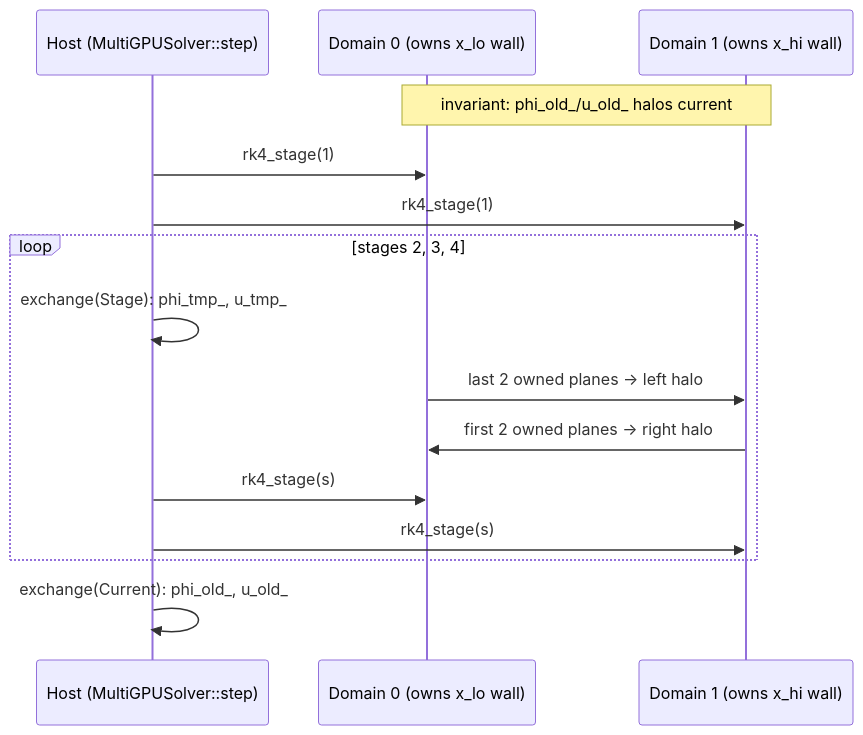
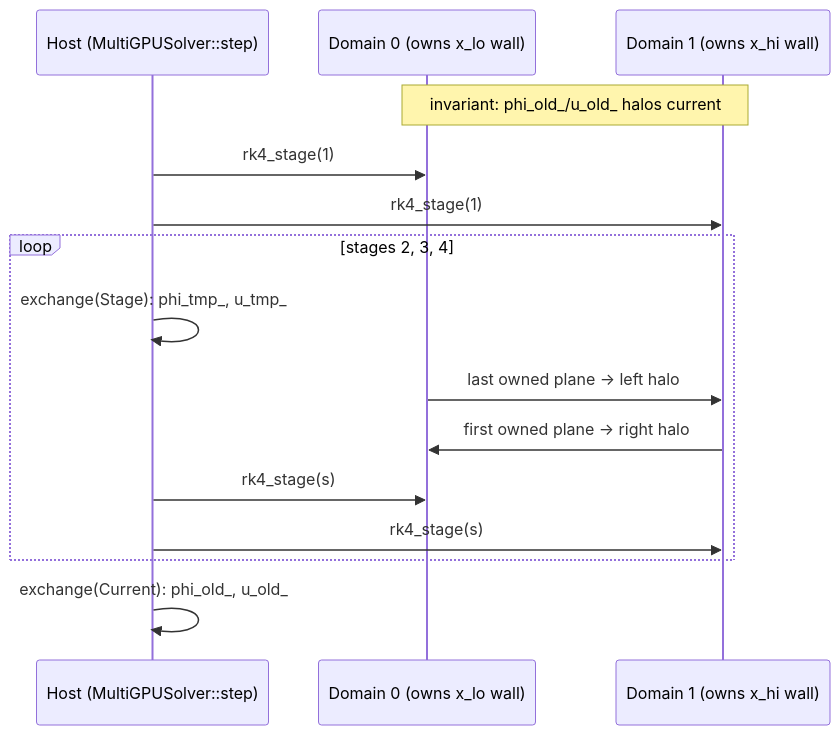
Before and after one commit to myousefi2016/Allen-Cahn-CUDA: the sixth of 9 diagrams in docs/ARCHITECTURE.md, drawn with Mermaid. The commit also changed other lines of this file and 12 other files, not shown here.

````diff
--- a/docs/ARCHITECTURE.md
+++ b/docs/ARCHITECTURE.md
@@ -309,18 +307,18 @@
 ```mermaid
 sequenceDiagram
     participant H as Host (MultiGPUSolver::step)
     participant G0 as Domain 0 (owns x_lo wall)
     participant G1 as Domain 1 (owns x_hi wall)
 
     Note over G0,G1: invariant: phi_old_/u_old_ halos current
     H->>G0: rk4_stage(1)
     H->>G1: rk4_stage(1)
     loop stages 2, 3, 4
         H->>H: exchange(Stage): phi_tmp_, u_tmp_
-        G0->>G1: last 2 owned planes -> left halo
-        G1->>G0: first 2 owned planes -> right halo
+        G0->>G1: last owned plane -> left halo
+        G1->>G0: first owned plane -> right halo
         H->>G0: rk4_stage(s)
         H->>G1: rk4_stage(s)
     end
     H->>H: exchange(Current): phi_old_, u_old_
 ```
````
